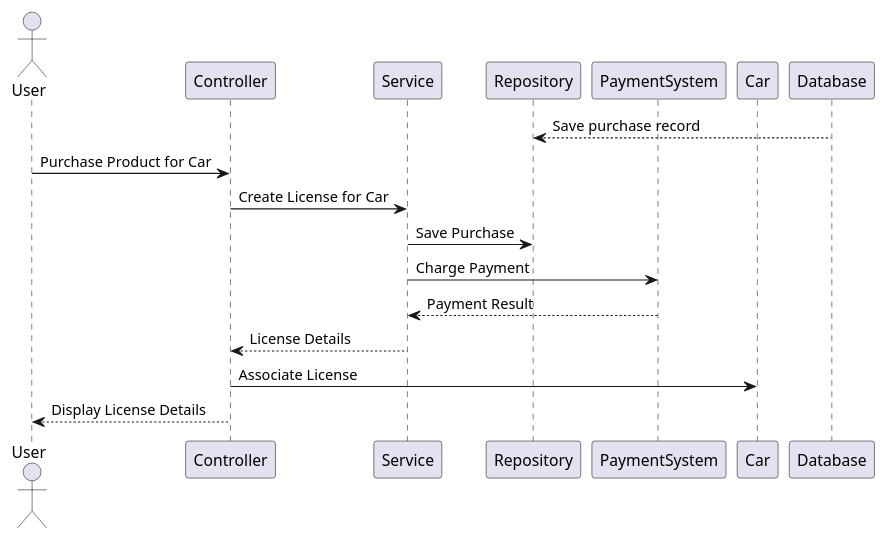
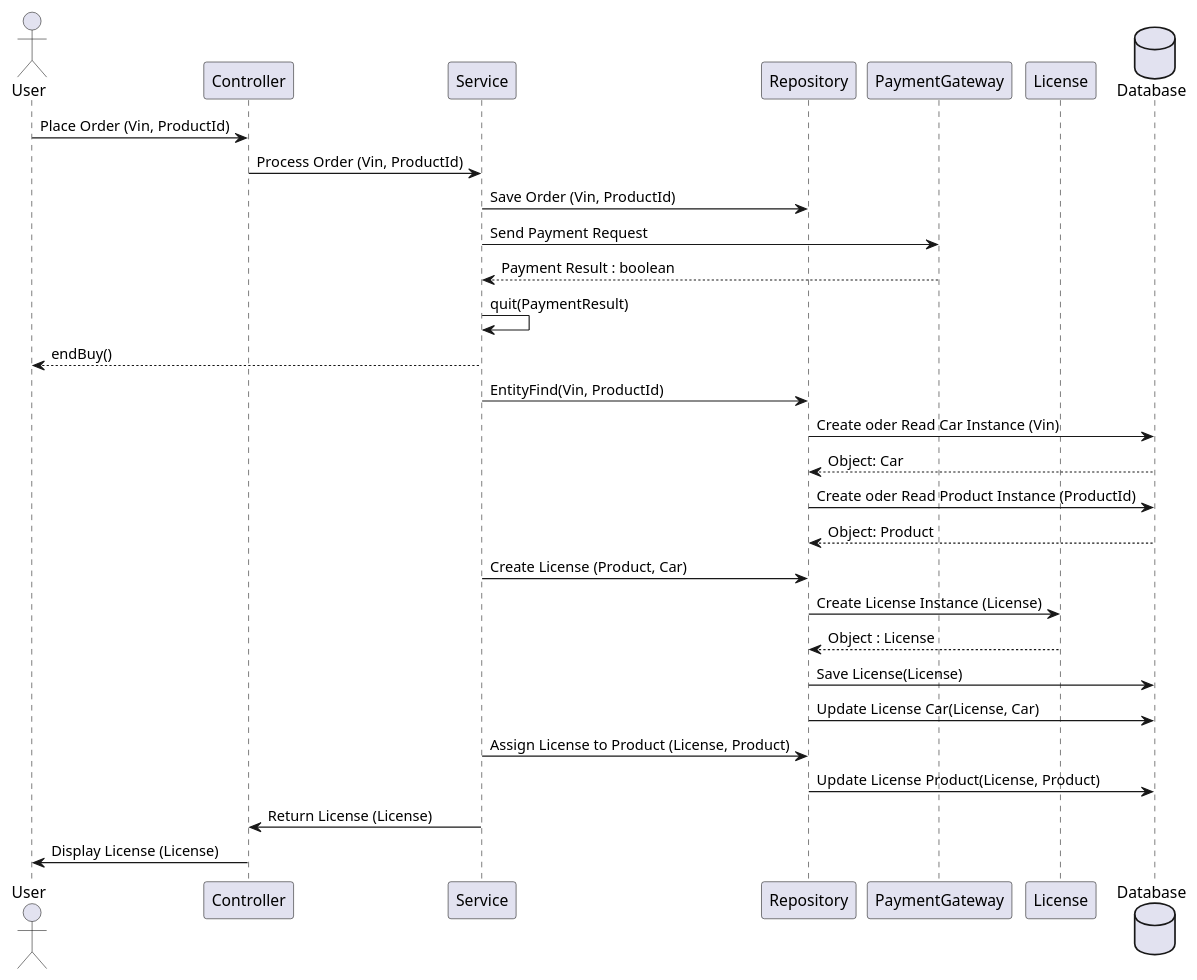
Before and after one commit to ljbg1996/car-backend: the diagram in test.puml, drawn with PlantUML. The commit also changed other lines of this file, not shown here.

Commit message:
1.1.3  sequence

```diff
--- a/test.puml
+++ b/test.puml
@@ -1,18 +1,33 @@
 @startuml
 actor User
 participant Controller
 participant Service
 participant Repository
-participant PaymentSystem
-participant Car
+participant PaymentGateway
 
-Database --> Repository : Save purchase record
-User -> Controller : Purchase Product for Car
-Controller -> Service : Create License for Car
-Service -> Repository : Save Purchase
-Service -> PaymentSystem : Charge Payment
-PaymentSystem --> Service : Payment Result
-Service --> Controller : License Details
-Controller -> Car : Associate License
-Controller --> User : Display License Details
+
+participant License
+database Database
+
+User -> Controller : Place Order (Vin, ProductId)
+Controller -> Service : Process Order (Vin, ProductId)
+Service -> Repository : Save Order (Vin, ProductId)
+Service -> PaymentGateway : Send Payment Request
+PaymentGateway --> Service : Payment Result : boolean
+Service -> Service : quit(PaymentResult)
+Service --> User : endBuy()
+Service -> Repository : EntityFind(Vin, ProductId)
+Repository -> Database : Create oder Read Car Instance (Vin)
+Database--> Repository : Object: Car
+Repository -> Database : Create oder Read Product Instance (ProductId)
+Database --> Repository: Object: Product
+Service -> Repository : Create License (Product, Car)
+Repository -> License : Create License Instance (License)
+License --> Repository : Object : License
+Repository -> Database : Save License(License)
+Repository -> Database : Update License Car(License, Car)
+Service -> Repository : Assign License to Product (License, Product)
+Repository -> Database : Update License Product(License, Product)
+Service -> Controller : Return License (License)
+Controller -> User : Display License (License)
 @enduml
```
